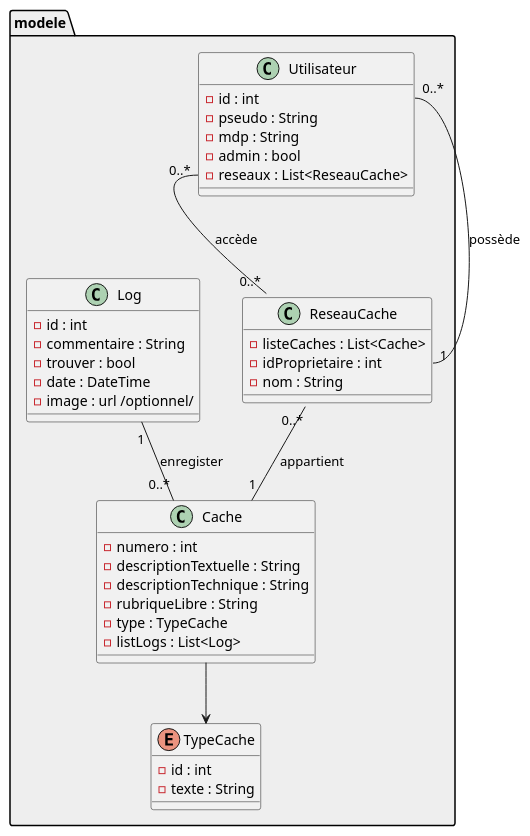
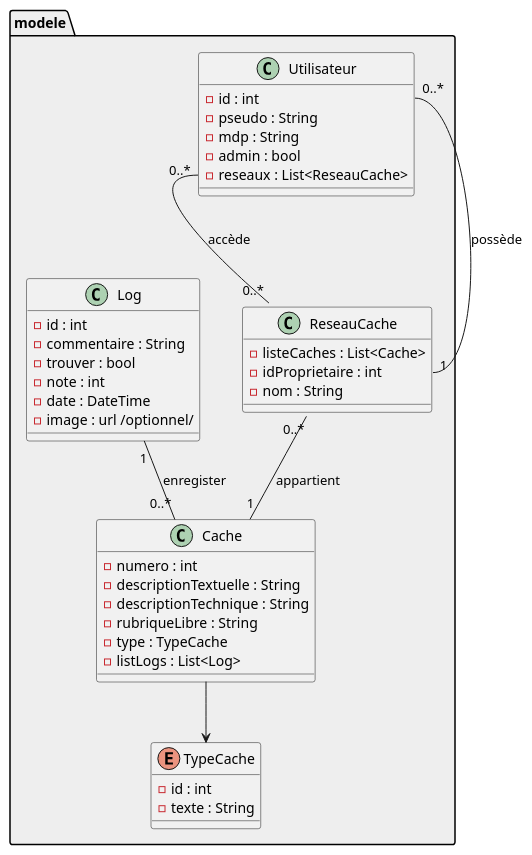
The diagram in conception/UML/diagramme_classes.puml (Thomas-Duthoit/ge-OO-cache), drawn with PlantUML before and after one commit. The commit also changed 3 other files, not shown here.

```diff
--- a/conception/UML/diagramme_classes.puml
+++ b/conception/UML/diagramme_classes.puml
@@ -1,51 +1,52 @@
 @startuml
 
 package "modele" #EEEEEE{
 
 class Utilisateur{
   - id : int
   - pseudo : String 
   - mdp : String
   - admin : bool
   - reseaux : List<ReseauCache>
 }
 
 class ReseauCache{
   - listeCaches : List<Cache>
   - idProprietaire : int
   - nom : String
 }
 
 class Cache{
   - numero : int
   - descriptionTextuelle : String
   - descriptionTechnique : String 
   - rubriqueLibre : String
   - type : TypeCache
   - listLogs : List<Log>
 }
 
 enum TypeCache{
   - id : int 
   - texte : String
 }
 
 class Log{
   - id : int
   - commentaire : String
   - trouver : bool
+  - note : int
   - date : DateTime
   - image : url /optionnel/
 }
 
 Cache --> TypeCache
 
 Utilisateur::reseaux "0..*" -- "0..*" ReseauCache : accède
 Utilisateur::id "0..*" -- "1" ReseauCache::idProprietaire : possède
 
 ReseauCache::listCaches "0..*" -- "1" Cache : appartient
 
 Log "1" -- "0..*" Cache : enregister
 }
 
 @enduml
```
